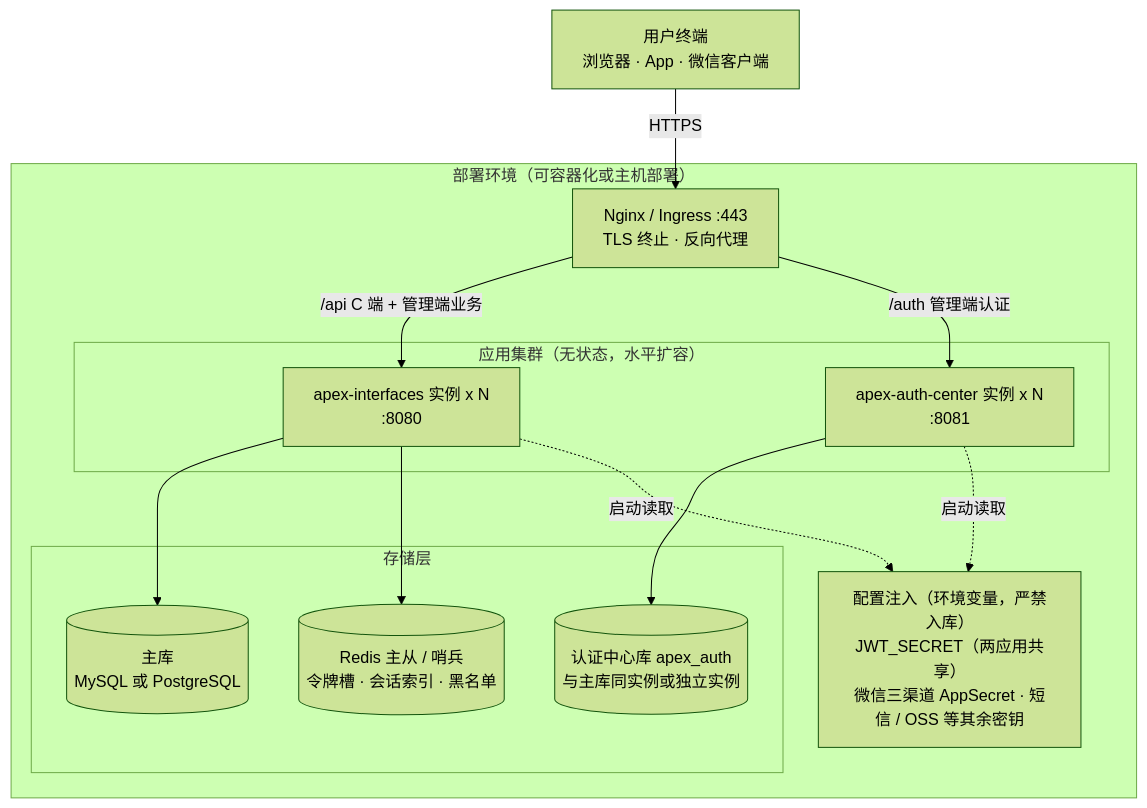
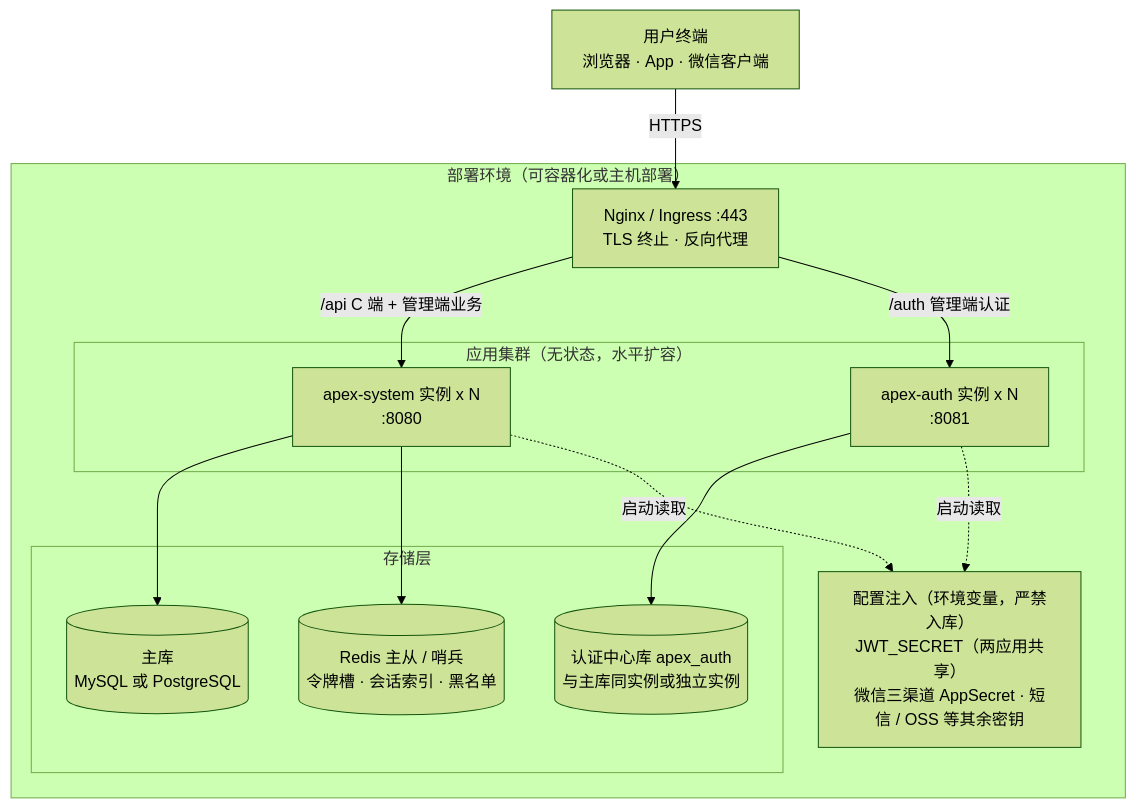
One commit to apex-cloud-service/apex-scaffold changed the fourth of 15 diagrams in docs/02-architecture/multi-client-integration-plan.md. Above: the diagram before and after it, drawn with Mermaid (forest theme). The commit also changed other lines of this file and 507 other files, not shown here.

````diff
--- a/docs/02-architecture/multi-client-integration-plan.md
+++ b/docs/02-architecture/multi-client-integration-plan.md
@@ -156,27 +156,27 @@
 ```mermaid
 flowchart TB
     USER["用户终端<br/>浏览器 · App · 微信客户端"]
 
     subgraph IDC["部署环境（可容器化或主机部署）"]
         NG["Nginx / Ingress :443<br/>TLS 终止 · 反向代理"]
         subgraph APPCLUSTER["应用集群（无状态，水平扩容）"]
-            MAINPOD["apex-interfaces 实例 x N<br/>:8080"]
-            AUTHPOD["apex-auth-center 实例 x N<br/>:8081"]
+            MAINPOD["apex-system 实例 x N<br/>:8080"]
+            AUTHPOD["apex-auth 实例 x N<br/>:8081"]
         end
         subgraph STORE["存储层"]
             MAINDB[("主库<br/>MySQL 或 PostgreSQL")]
             AUTHDB[("认证中心库 apex_auth<br/>与主库同实例或独立实例")]
             REDIS[("Redis 主从 / 哨兵<br/>令牌槽 · 会话索引 · 黑名单")]
         end
         ENV["配置注入（环境变量，严禁入库）<br/>JWT_SECRET（两应用共享）<br/>微信三渠道 AppSecret · 短信 / OSS 等其余密钥"]
     end
 
     USER -->|"HTTPS"| NG
     NG -->|"/api C 端 + 管理端业务"| MAINPOD
     NG -->|"/auth 管理端认证"| AUTHPOD
     MAINPOD --> MAINDB
     MAINPOD --> REDIS
     AUTHPOD --> AUTHDB
     MAINPOD -.->|"启动读取"| ENV
     AUTHPOD -.->|"启动读取"| ENV
 ```
````
